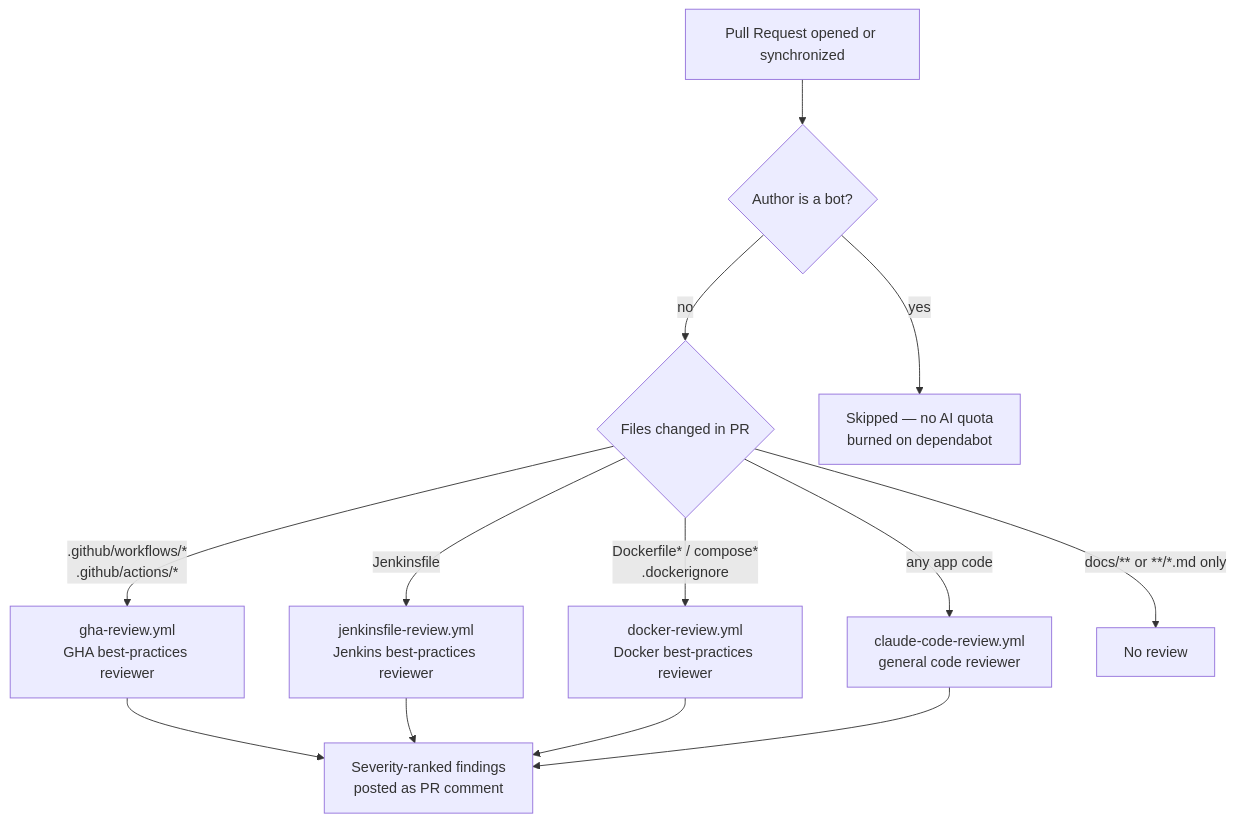
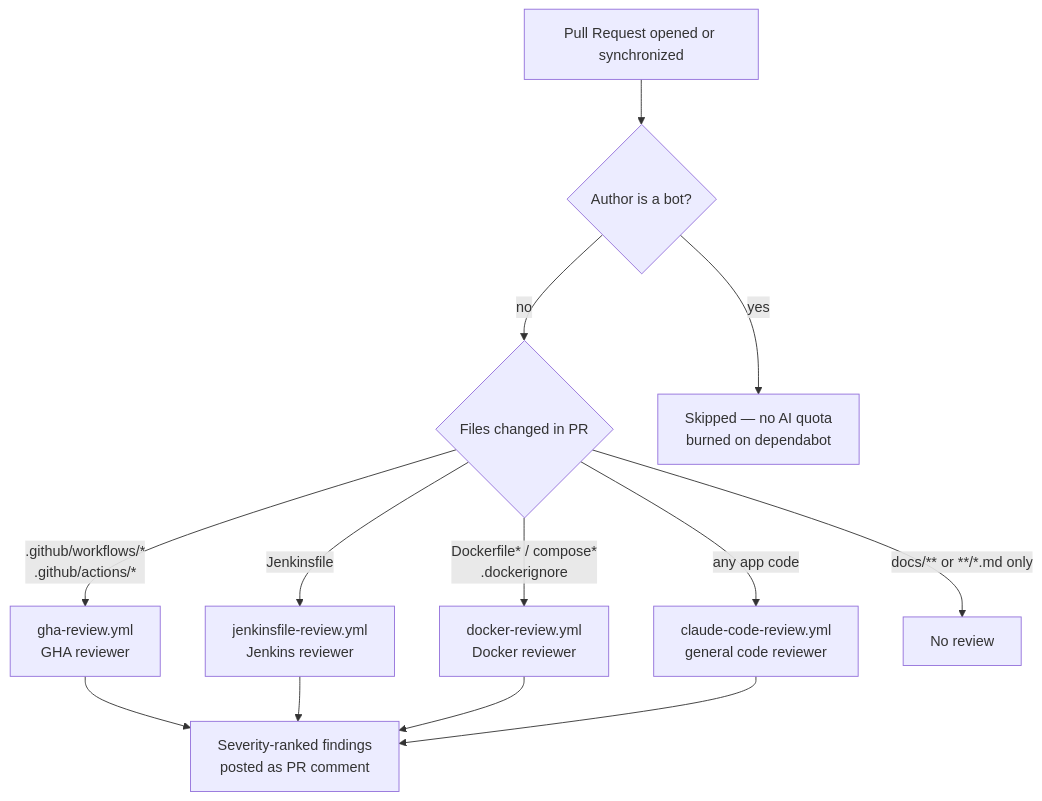
Before and after one commit to maksimTrs/ai-ci-github-actions: the second of 3 diagrams in README.md, drawn with Mermaid.

Commit message:
chore: simplify reviewer descriptions in BotCheck diagram text

````diff
--- a/README.md
+++ b/README.md
@@ -99,21 +99,21 @@
 ```mermaid
 flowchart TD
     PR[Pull Request opened or synchronized]
     BotCheck{Author is a bot?}
     Dispatch{Files changed in PR}
 
     PR --> BotCheck
     BotCheck -->|yes| Skip[Skipped — no AI quota<br/> burned on dependabot]
     BotCheck -->|no| Dispatch
 
-    Dispatch -->|".github/workflows/*<br/>.github/actions/*"| GHA["gha-review.yml<br/>GHA best-practices reviewer"]
-    Dispatch -->|"Jenkinsfile"| JF["jenkinsfile-review.yml<br/>Jenkins best-practices reviewer"]
-    Dispatch -->|"Dockerfile* / compose*<br/>.dockerignore"| DK["docker-review.yml<br/>Docker best-practices reviewer"]
+    Dispatch -->|".github/workflows/*<br/>.github/actions/*"| GHA["gha-review.yml<br/>GHA reviewer"]
+    Dispatch -->|"Jenkinsfile"| JF["jenkinsfile-review.yml<br/>Jenkins reviewer"]
+    Dispatch -->|"Dockerfile* / compose*<br/>.dockerignore"| DK["docker-review.yml<br/>Docker reviewer"]
     Dispatch -->|"any app code"| General["claude-code-review.yml<br/>general code reviewer"]
     Dispatch -->|"docs/** or **/*.md only"| Nothing[No review]
 
     GHA --> Comment[Severity-ranked findings<br/>posted as PR comment]
     JF --> Comment
     DK --> Comment
     General --> Comment
 ```
````
